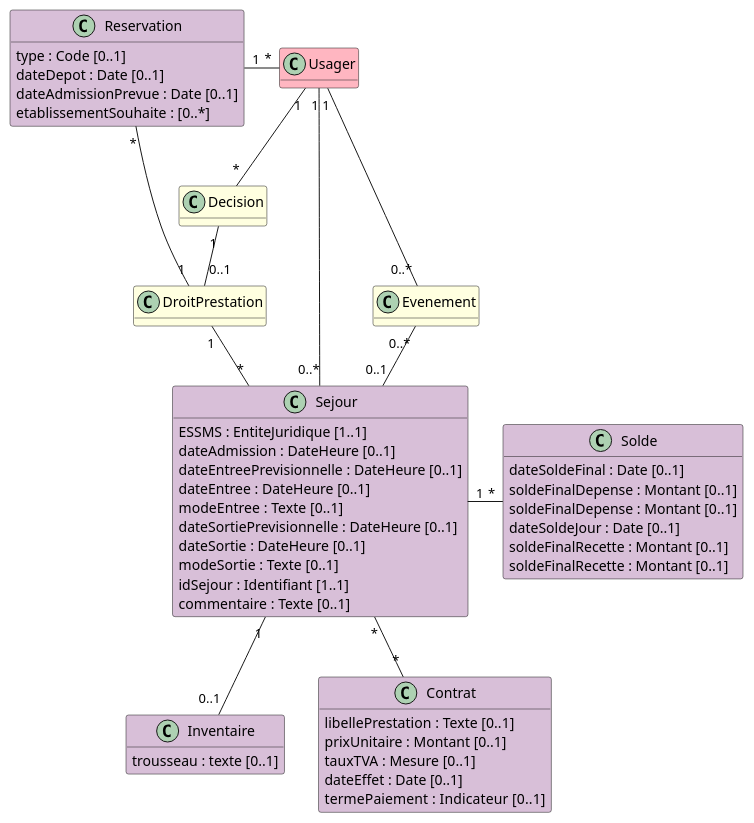
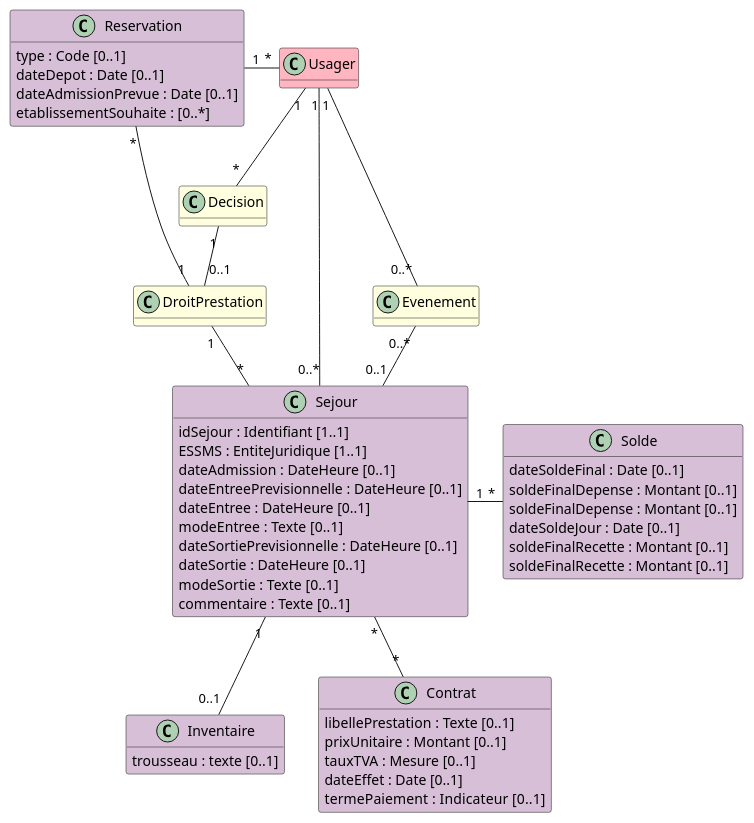
One commit to ansforge/IG-fhir-medicosocial-transfert-donnees-dui changed the diagram in input/images-source/bloc_sejours.plantuml. Above: the diagram before and after it, drawn with PlantUML. The commit also changed other lines of this file and 1 other file, not shown here.

Commit message:
maj sejour

```diff
--- a/input/images-source/bloc_sejours.plantuml
+++ b/input/images-source/bloc_sejours.plantuml
@@ -1,66 +1,66 @@
 @startuml
 
 hide empty methods
 
 class Usager #LightPink
 
 class Decision #LightYellow
 
 class DroitPrestation #LightYellow
 
 class Evenement #LightYellow
 
 class Reservation #Thistle {
     type : Code [0..1]
     dateDepot : Date [0..1]
     dateAdmissionPrevue : Date [0..1]
     etablissementSouhaite : [0..*]
 }
 
 class Sejour #Thistle {
+    idSejour : Identifiant [1..1]
     ESSMS : EntiteJuridique [1..1]
     dateAdmission : DateHeure [0..1]
     dateEntreePrevisionnelle : DateHeure [0..1]
     dateEntree : DateHeure [0..1]
     modeEntree : Texte [0..1]
     dateSortiePrevisionnelle : DateHeure [0..1]
     dateSortie : DateHeure [0..1]
     modeSortie : Texte [0..1]
-    idSejour : Identifiant [1..1]
     commentaire : Texte [0..1] 
 }
 
 class Inventaire #Thistle { 
     trousseau : texte [0..1]
 }
 
 class Solde #Thistle {
     dateSoldeFinal : Date [0..1]
     soldeFinalDepense : Montant [0..1]
     soldeFinalDepense : Montant [0..1]
     dateSoldeJour : Date [0..1]
     soldeFinalRecette : Montant [0..1]
     soldeFinalRecette : Montant [0..1]
 }
 
 class Contrat #Thistle {
     libellePrestation : Texte [0..1]
     prixUnitaire : Montant [0..1]
     tauxTVA : Mesure [0..1]
     dateEffet : Date [0..1]
     termePaiement : Indicateur  [0..1]
 }
 
 Usager "1" -- "*" Decision
 Decision "1" -- "0..1" DroitPrestation
 Reservation "*" - "1" DroitPrestation
 Reservation "1" - "*" Usager
 DroitPrestation "1" -- "*" Sejour
 Sejour "1" -- "0..1" Inventaire
 Sejour "1" - "*" Solde
 Sejour "*" -- "*" Contrat
 Usager "1" - "0..*" Sejour
 Evenement "0..*" -- "0..1" Sejour
 Usager "1" -- "0..*" Evenement
 
 @enduml
```
